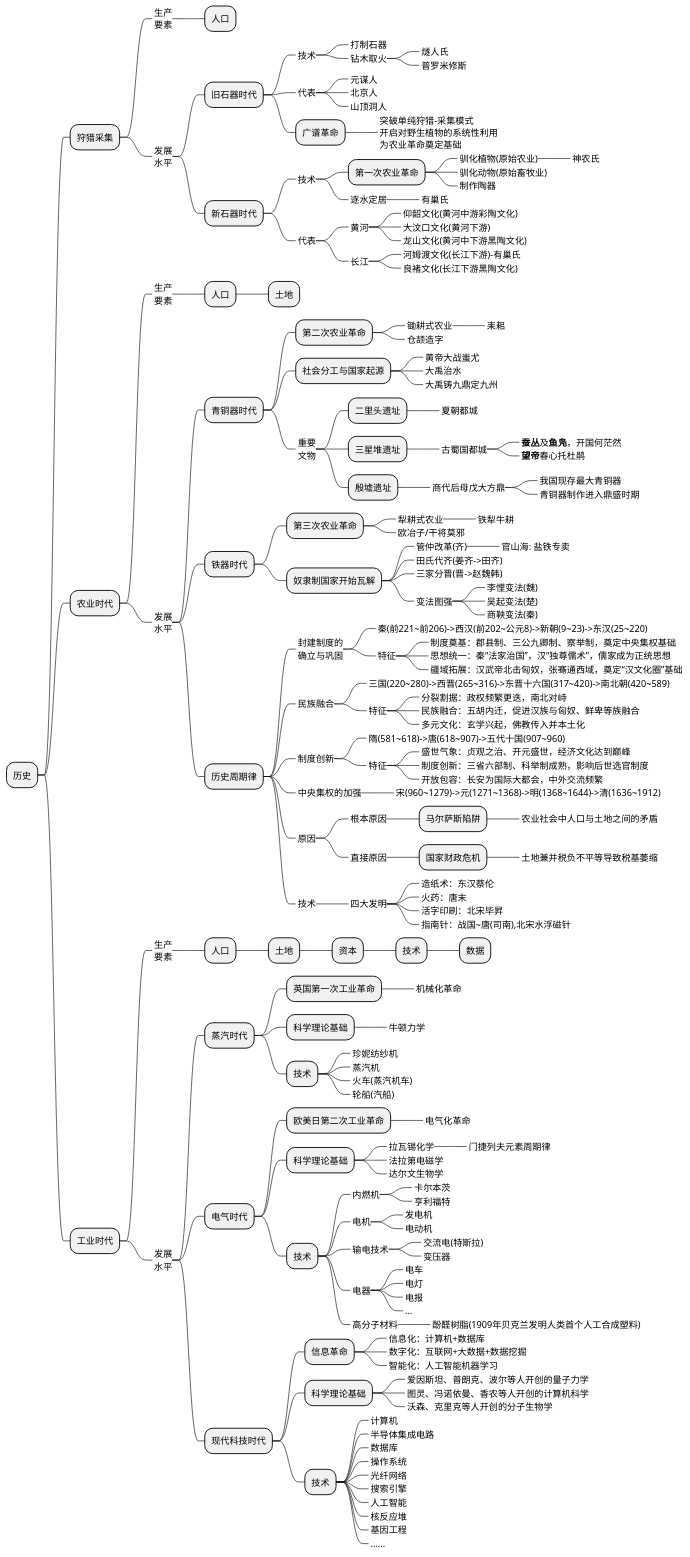
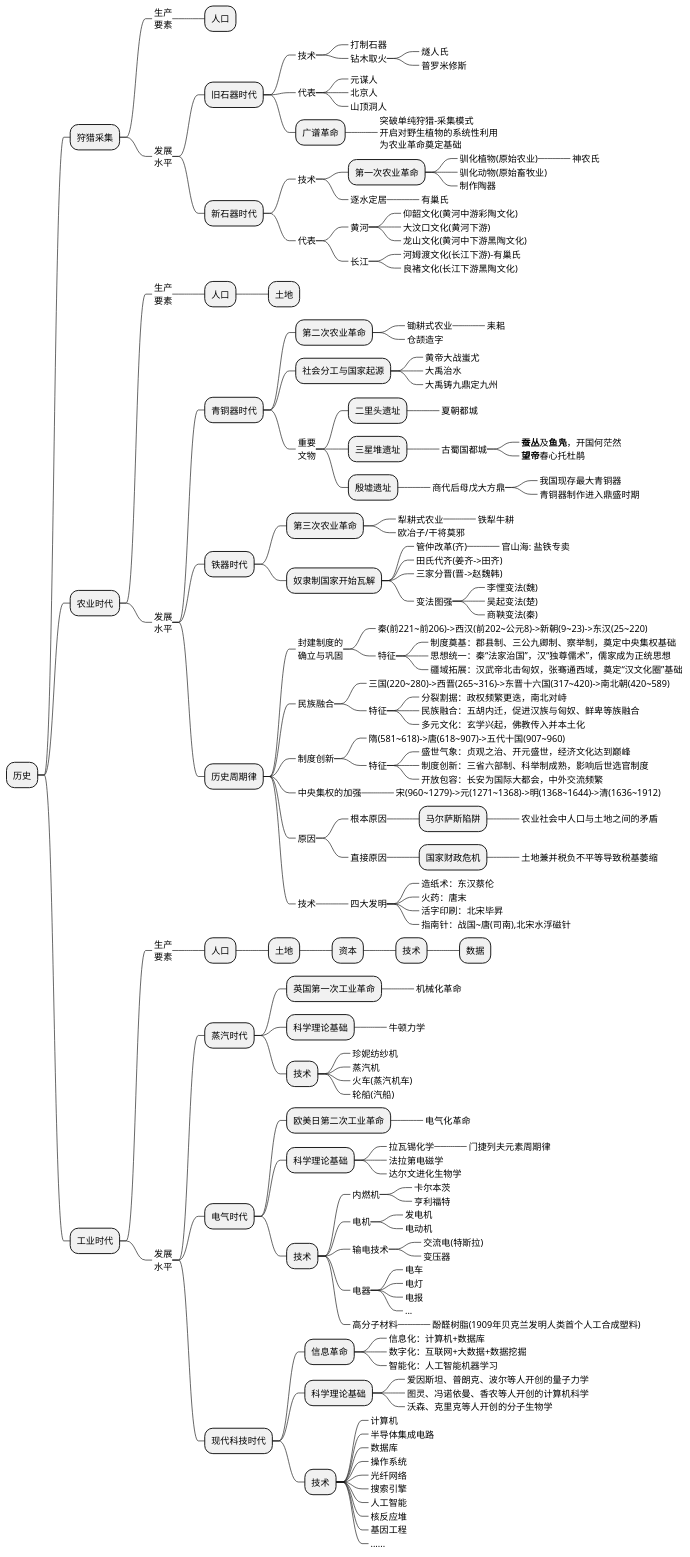
One commit to holmofy/blog.hufeifei.cn changed the first of 2 diagrams in source/_posts/economic/economic_and_history.md. Above: the diagram before and after it, drawn with PlantUML.

```diff
--- a/source/_posts/economic/economic_and_history.md
+++ b/source/_posts/economic/economic_and_history.md
@@ -151,7 +151,7 @@
 ++++++_ 拉瓦锡化学
 +++++++_ 门捷列夫元素周期律
 ++++++_ 法拉第电磁学
-++++++_ 达尔文生物学
+++++++_ 达尔文进化生物学
 +++++ 技术
 ++++++_ 内燃机
 +++++++_ 卡尔本茨
```
